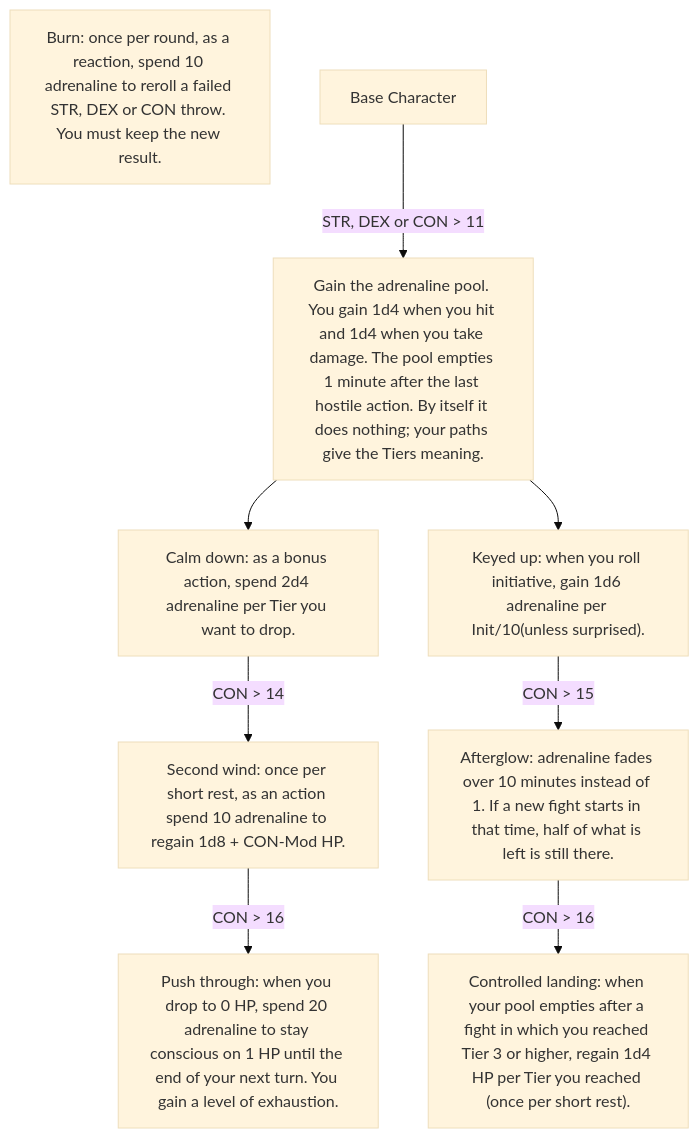
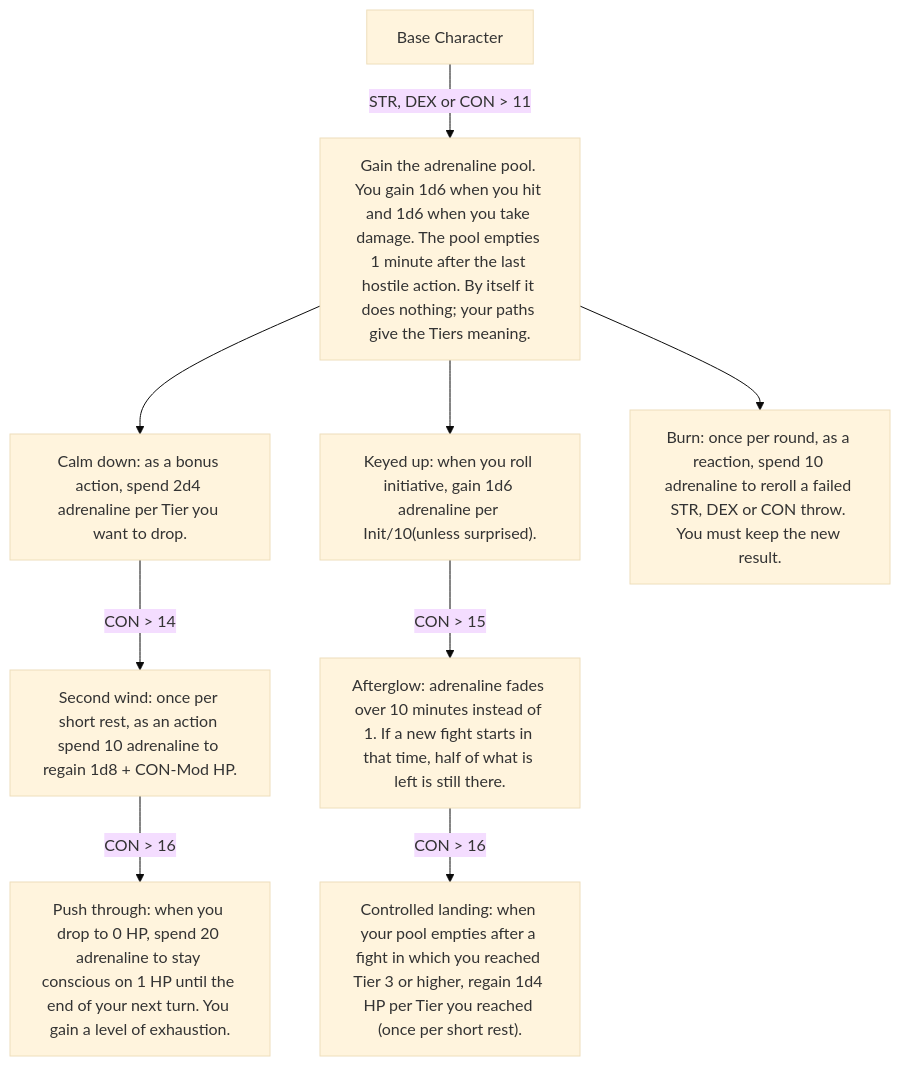
Before and after one commit to WiIdNeo/DnD-RealismHomeBrew: diagram 15 of 37 in Homebrew/Classes and Races/Classes/Class-Handbook.md, drawn with Mermaid (base theme). The commit also changed other lines of this file and 9 other files, not shown here.

````diff
--- a/Homebrew/Classes and Races/Classes/Class-Handbook.md
+++ b/Homebrew/Classes and Races/Classes/Class-Handbook.md
@@ -470,22 +492,23 @@
 ```mermaid
 flowchart TD
 
 A[Base Character]
 
-1["Gain the adrenaline pool. You gain 1d4 when you hit and 1d4 when you take damage. The pool empties 1 minute after the last hostile action. By itself it does nothing; your paths give the Tiers meaning."]
+1["Gain the adrenaline pool. You gain 1d6 when you hit and 1d6 when you take damage. The pool empties 1 minute after the last hostile action. By itself it does nothing; your paths give the Tiers meaning."]
 2["Calm down: as a bonus action, spend 2d4 adrenaline per Tier you want to drop."]
 5["Keyed up: when you roll initiative, gain 1d6 adrenaline per Init/10(unless surprised)."]
 6["Afterglow: adrenaline fades over 10 minutes instead of 1. If a new fight starts in that time, half of what is left is still there."]
 7["Second wind: once per short rest, as an action spend 10 adrenaline to regain 1d8 + CON-Mod HP."]
 9["Push through: when you drop to 0 HP, spend 20 adrenaline to stay conscious on 1 HP until the end of your next turn. You gain a level of exhaustion."]
 11["Burn: once per round, as a reaction, spend 10 adrenaline to reroll a failed STR, DEX or CON throw. You must keep the new result."]
 12["Controlled landing: when your pool empties after a fight in which you reached Tier 3 or higher, regain 1d4 HP per Tier you reached (once per short rest)."]
 
 A -->|STR, DEX or CON > 11|1
 1 --> 2
 1 --> 5
 5 -->|CON > 15|6
 2 -->|CON > 14|7
 7 -->|CON > 16|9
 6 -->|CON > 16|12
+1 --> 11
 ```
````
